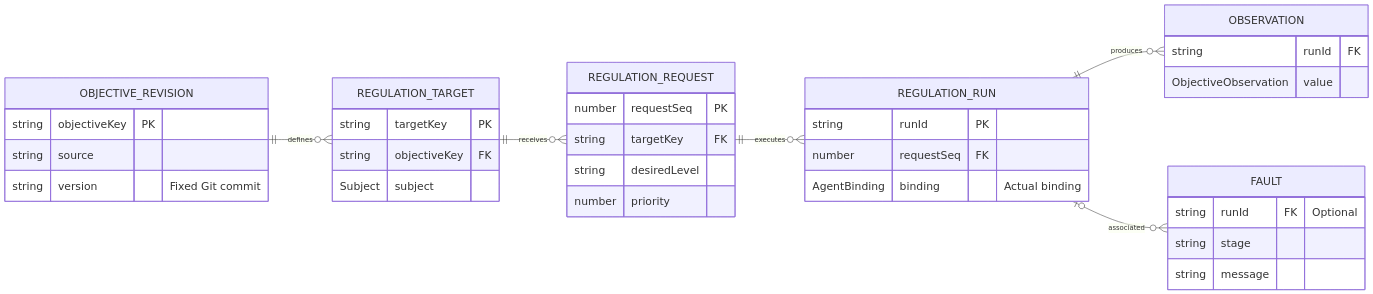
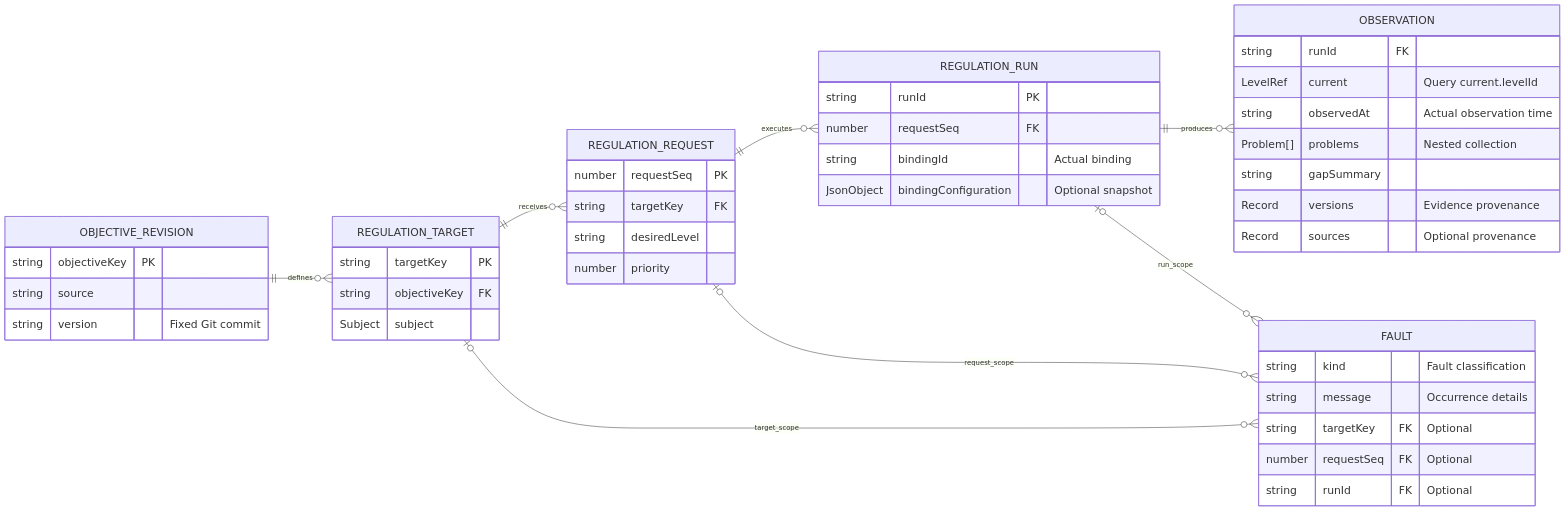
One commit to shazhou-ww/potential-guide changed the first of 5 diagrams in .silvermoon/ideas/01M5E7N9F5Y0ZN1SYKDFYEVA20/outer/inner/ideal/Diagrams.md. Above: the diagram before and after it, drawn with Mermaid. The commit also changed other lines of this file and 7 other files, not shown here.

````diff
--- a/.silvermoon/ideas/01M5E7N9F5Y0ZN1SYKDFYEVA20/outer/inner/ideal/Diagrams.md
+++ b/.silvermoon/ideas/01M5E7N9F5Y0ZN1SYKDFYEVA20/outer/inner/ideal/Diagrams.md
@@ -29,51 +29,61 @@
 ```mermaid
 ---
 config:
   fontFamily: Arial, Helvetica, sans-serif
   themeVariables:
     fontFamily: Arial, Helvetica, sans-serif
     fontSize: 22px
   er:
     minEntityWidth: 280
     entityPadding: 24
     diagramPadding: 24
 ---
 erDiagram
     direction LR
     OBJECTIVE_REVISION ||--o{ REGULATION_TARGET : defines
     REGULATION_TARGET ||--o{ REGULATION_REQUEST : receives
     REGULATION_REQUEST ||--o{ REGULATION_RUN : executes
     REGULATION_RUN ||--o{ OBSERVATION : produces
-    REGULATION_RUN o|--o{ FAULT : associated
+    REGULATION_TARGET o|--o{ FAULT : target_scope
+    REGULATION_REQUEST o|--o{ FAULT : request_scope
+    REGULATION_RUN o|--o{ FAULT : run_scope
 
     OBJECTIVE_REVISION {
         string objectiveKey PK
         string source
         string version "Fixed Git commit"
     }
     REGULATION_TARGET {
         string targetKey PK
         string objectiveKey FK
         Subject subject
     }
     REGULATION_REQUEST {
         number requestSeq PK
         string targetKey FK
         string desiredLevel
         number priority
     }
     REGULATION_RUN {
         string runId PK
         number requestSeq FK
-        AgentBinding binding "Actual binding"
+        string bindingId "Actual binding"
+        JsonObject bindingConfiguration "Optional snapshot"
     }
     OBSERVATION {
         string runId FK
-        ObjectiveObservation value
+        LevelRef current "Query current.levelId"
+        string observedAt "Actual observation time"
+        Problem[] problems "Nested collection"
+        string gapSummary
+        Record versions "Evidence provenance"
+        Record sources "Optional provenance"
     }
     FAULT {
+        string kind "Fault classification"
+        string message "Occurrence details"
+        string targetKey FK "Optional"
+        number requestSeq FK "Optional"
         string runId FK "Optional"
-        string stage
-        string message
     }
 ```
````
